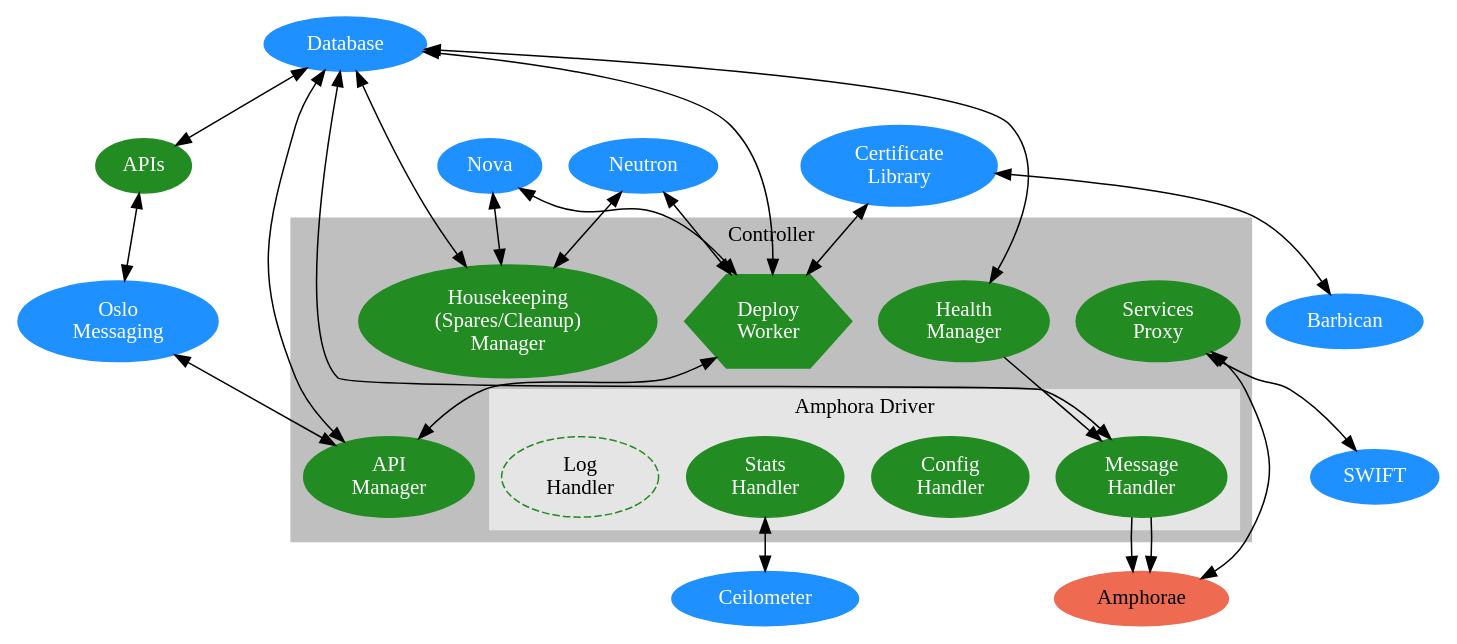
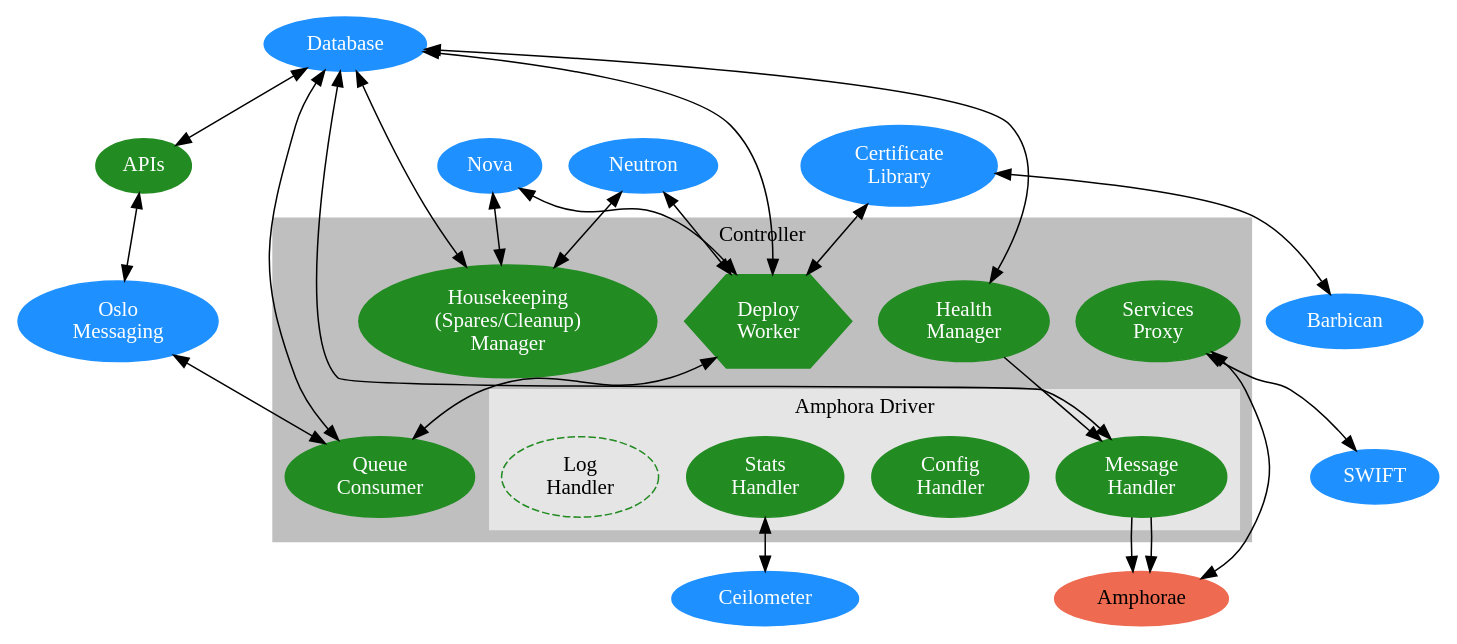
Before and after one commit to openstack/octavia: the diagram in specs/version0.5/controller.dot, drawn with Graphviz. The commit also changed 2 other files, not shown here.

Commit message:
Queue Consumer Specification
This specification defines how Oslo messages will be
consumed and delegated to deploy workers on the
controller nodes.

Fixed spelling issues in controller spec
Renamed API Manager to Queue Consumer in controller
    spec and graphviz file

```diff
--- a/specs/version0.5/controller.dot
+++ b/specs/version0.5/controller.dot
@@ -1,82 +1,82 @@
 /*
  * Copyright 2014 Hewlett-Packard Development Company, L.P.
  *
  * Licensed under the Apache License, Version 2.0 (the "License"); you may
  * not use this file except in compliance with the License. You may obtain
  * a copy of the License at
  *
  * http://www.apache.org/licenses/LICENSE-2.0
  *
  * Unless required by applicable law or agreed to in writing, software
  * distributed under the License is distributed on an "AS IS" BASIS, WITHOUT
  * WARRANTIES OR CONDITIONS OF ANY KIND, either express or implied. See the
  * License for the specific language governing permissions and limitations
  * under the License.
 */
 digraph G {
 
 
    subgraph cluster0 {
       style=filled;
       color=gray75;
 
 
       label = "Controller";
 
 
-      apim [label="API\nManager", fontcolor=white, color=forestgreen, style=filled];
+      queue [label="Queue\nConsumer", fontcolor=white, color=forestgreen, style=filled];
       health [label="Health\nManager", fontcolor=white, color=forestgreen, style=filled];
       house [label="Housekeeping\n(Spares/Cleanup)\nManager", fontcolor=white, color=forestgreen, style=filled];
       deploy [label="Deploy\nWorker", fontcolor=white, color=forestgreen, style=filled, shape=hexagon];
       proxy [label="Services\nProxy", fontcolor=white, color=forestgreen, style=filled];
 
 
       subgraph cluster1 {
          style=filled;
          color=gray90;
          fontcolor=black;
 
 
          label = "Amphora Driver";
          msg [label="Message\nHandler", fontcolor=white, color=forestgreen, style=filled];
          config [label="Config\nHandler", fontcolor=white, color=forestgreen, style=filled];
          stats [label="Stats\nHandler", fontcolor=white, color=forestgreen, style=filled];
          log [label="Log\nHandler", fontcolor=black, color=forestgreen, style=dashed];
       }
 
 
       health -> msg;
    }
 
 
    db [label="Database", fontcolor=white, color=dodgerblue, style=filled];
    api [label="APIs", fontcolor=white, color=forestgreen, style=filled];
    oslo [label="Oslo\nMessaging", fontcolor=white, color=dodgerblue, style=filled];
    nova [label="Nova", fontcolor=white, color=dodgerblue, style=filled];
    neutron [label="Neutron", fontcolor=white, color=dodgerblue, style=filled];
    cert [label="Certificate\nLibrary", fontcolor=white, color=dodgerblue, style=filled];
    bbq [label="Barbican", fontcolor=white, color=dodgerblue, style=filled];
    swift [label="SWIFT", fontcolor=white, color=dodgerblue, style=filled];
    ceilo [label="Ceilometer", fontcolor=white, color=dodgerblue, style=filled];
    amp [label="Amphorae", fontcolor=black, color=coral2, style=filled];
 
 
-   deploy -> apim [dir="both"];
-   db -> api -> oslo -> apim [dir="both"];
+   deploy -> queue [dir="both"];
+   db -> api -> oslo -> queue [dir="both"];
    db -> deploy [dir="both"];
-   db -> apim [dir="both"];
+   db -> queue [dir="both"];
    db -> health [dir="both"];
    db -> house [dir="both"];
    db -> msg [dir="both"];
    nova -> deploy [dir="both"];
    nova -> house [dir="both"];
    neutron -> deploy [dir="both"];
    neutron -> house [dir="both"];
    proxy -> swift [dir="both"];
    proxy -> amp [dir="both"];
    cert -> deploy [dir="both"];
    cert -> bbq [dir="both"];
    stats -> ceilo [dir="both"];
    msg -> amp [ltail=cluster1];
    msg -> amp [ltail=cluster1];
 }
```
